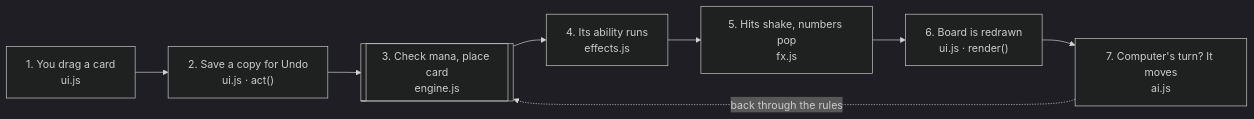
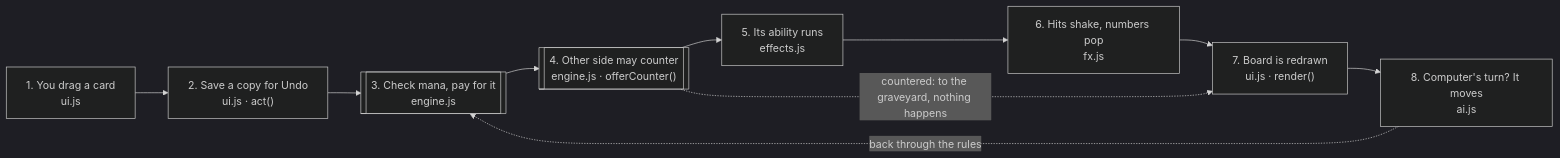
One commit to dmolloy98-stack-stack/Shardfall_TCG changed the second of 3 diagrams in docs/code-map.md. Above: the diagram before and after it, drawn with Mermaid (dark theme). The commit also changed other lines of this file, not shown here.

````diff
--- a/docs/code-map.md
+++ b/docs/code-map.md
@@ -44,10 +46,12 @@
 ```mermaid
 flowchart LR
   a["1. You drag a card<br/>ui.js"] --> b["2. Save a copy for Undo<br/>ui.js · act()"]
-  b --> c[["3. Check mana, place card<br/>engine.js"]]
-  c --> d["4. Its ability runs<br/>effects.js"]
-  d --> e["5. Hits shake, numbers pop<br/>fx.js"]
-  e --> f["6. Board is redrawn<br/>ui.js · render()"]
-  f --> g["7. Computer's turn? It moves<br/>ai.js"]
+  b --> c[["3. Check mana, pay for it<br/>engine.js"]]
+  c --> k[["4. Other side may counter<br/>engine.js · offerCounter()"]]
+  k --> d["5. Its ability runs<br/>effects.js"]
+  d --> e["6. Hits shake, numbers pop<br/>fx.js"]
+  e --> f["7. Board is redrawn<br/>ui.js · render()"]
+  f --> g["8. Computer's turn? It moves<br/>ai.js"]
+  k -.->|countered: to the graveyard, nothing happens| f
   g -.->|back through the rules| c
 ```
````
